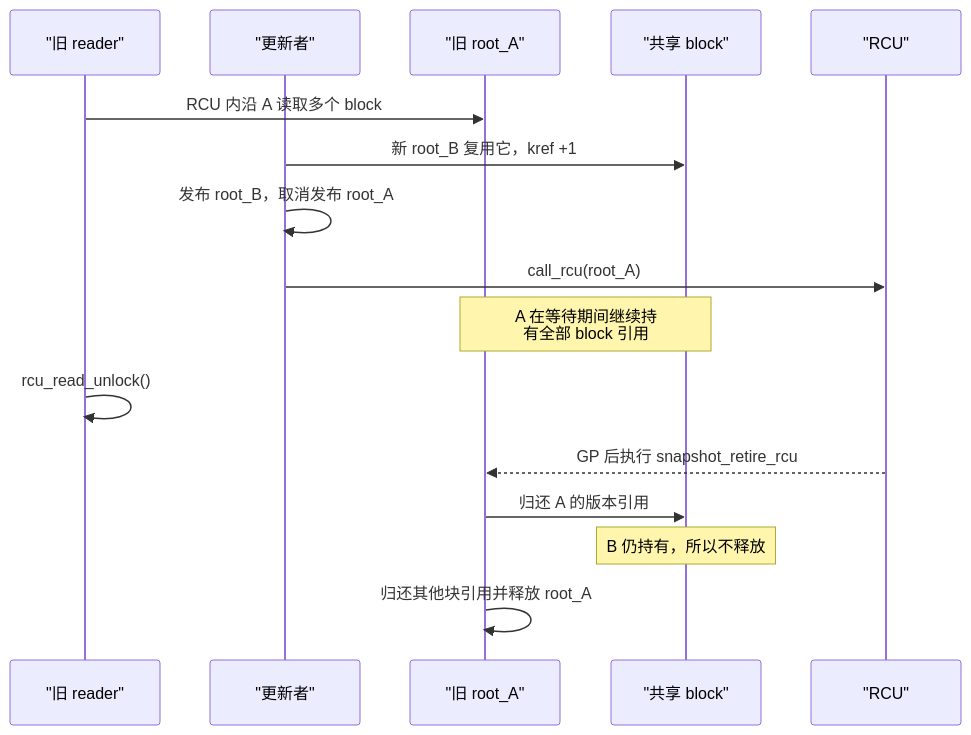
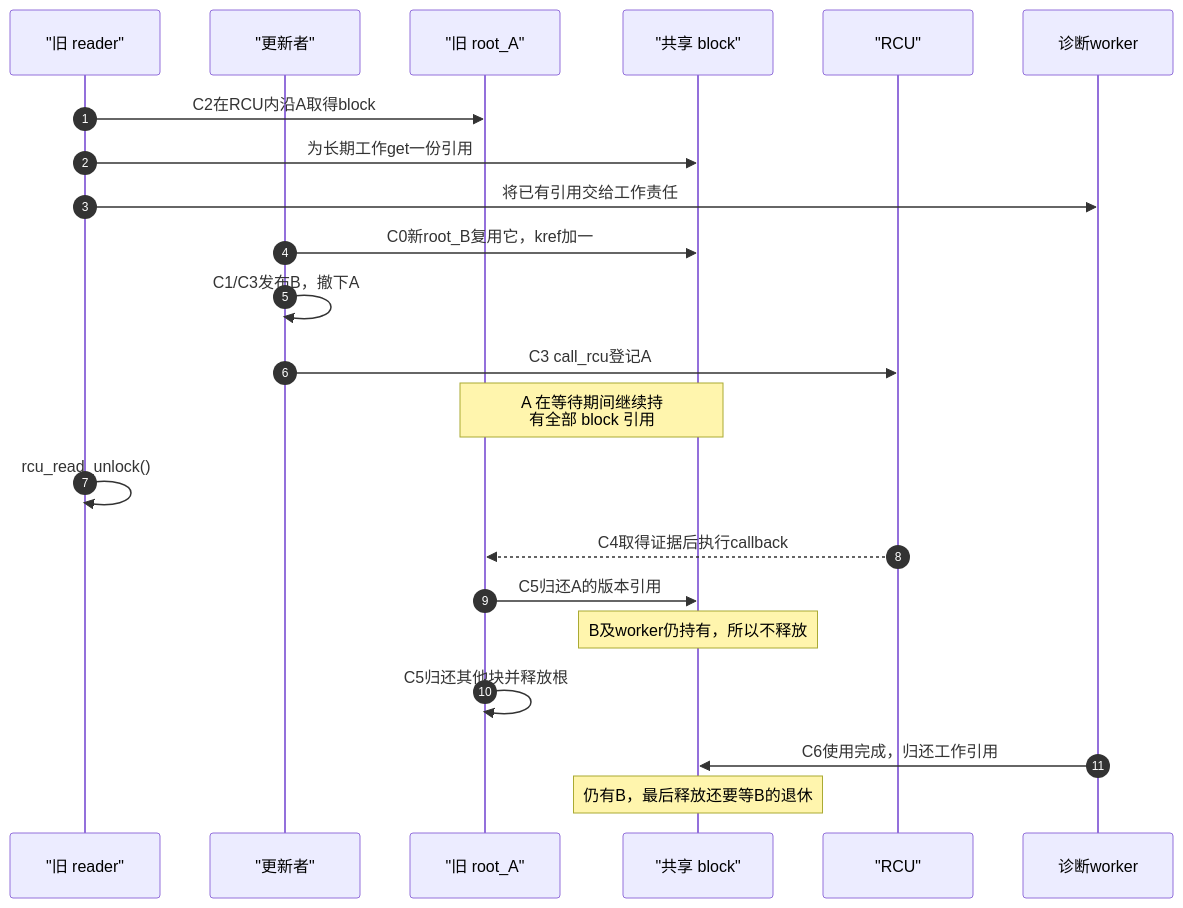
Before and after one commit to FormingSystem/linux_note: the second of 2 diagrams in knowledge/linux/synchronization_and_asynchrony/synchronization/rcu/P21_RCU_kref与复合对象生命周期.md, drawn with Mermaid. The commit also changed other lines of this file and 1 other file, not shown here.

First line of the commit message:
content(knowledge/rcu): 补全复合快照的引用交接与失败回滚

````diff
--- a/knowledge/linux/synchronization_and_asynchrony/synchronization/rcu/P21_RCU_kref与复合对象生命周期.md
+++ b/knowledge/linux/synchronization_and_asynchrony/synchronization/rcu/P21_RCU_kref与复合对象生命周期.md
@@ -328,19 +373,25 @@
 ```mermaid
 sequenceDiagram
+    autonumber
     participant R as "旧 reader"
     participant W as "更新者"
     participant A as "旧 root_A"
     participant Shared as "共享 block"
     participant GP as "RCU"
 
-    R->>A: RCU 内沿 A 读取多个 block
-    W->>Shared: 新 root_B 复用它，kref +1
-    W->>W: 发布 root_B，取消发布 root_A
-    W->>GP: call_rcu(root_A)
+    participant Work as 诊断worker
+    R->>A: C2在RCU内沿A取得block
+    R->>Shared: 为长期工作get一份引用
+    R->>Work: 将已有引用交给工作责任
+    W->>Shared: C0新root_B复用它，kref加一
+    W->>W: C1/C3发布B，撤下A
+    W->>GP: C3 call_rcu登记A
     Note over A,Shared: A 在等待期间继续持<br/>有全部 block 引用
     R->>R: rcu_read_unlock()
-    GP-->>A: GP 后执行 snapshot_retire_rcu
-    A->>Shared: 归还 A 的版本引用
-    Note over Shared: B 仍持有，所以不释放
-    A->>A: 归还其他块引用并释放 root_A
+    GP-->>A: C4取得证据后执行callback
+    A->>Shared: C5归还A的版本引用
+    Note over Shared: B及worker仍持有，所以不释放
+    A->>A: C5归还其他块并释放根
+    Work->>Shared: C6使用完成，归还工作引用
+    Note over Shared: 仍有B，最后释放还要等B的退休
 ```
````
